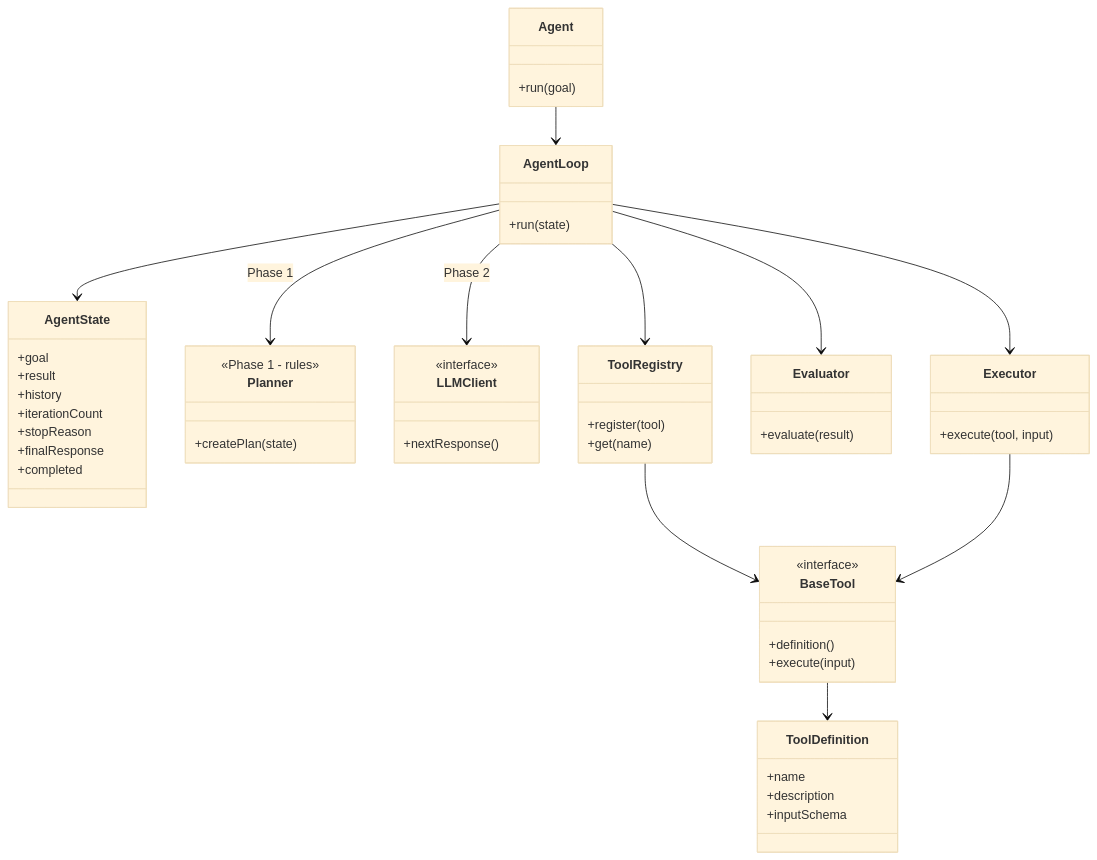
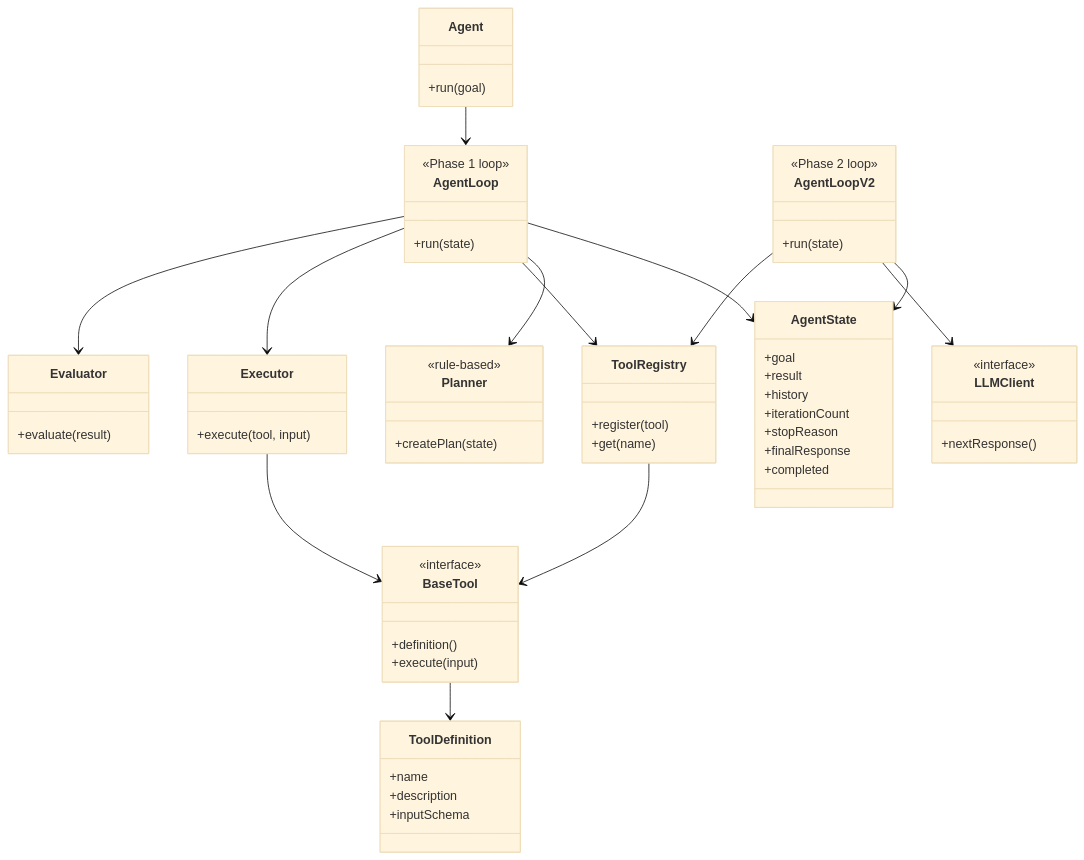
The first of 8 diagrams in README.md (YashzAlphaGeek/agent-engineering-lab), drawn with Mermaid (base theme) before and after one commit. The commit also changed other lines of this file, not shown here.

Commit message:
update of README with mermaid diagram

````diff
--- a/README.md
+++ b/README.md
@@ -96,67 +96,75 @@
 ```mermaid
 classDiagram
 
     class Agent {
         +run(goal)
     }
 
     class AgentLoop {
+        <<Phase 1 loop>>
+        +run(state)
+    }
+
+    class AgentLoopV2 {
+        <<Phase 2 loop>>
         +run(state)
     }
 
     class AgentState {
         +goal
         +result
         +history
         +iterationCount
         +stopReason
         +finalResponse
         +completed
     }
 
     class Planner {
-        <<Phase 1 - rules>>
+        <<rule-based>>
         +createPlan(state)
     }
 
     class LLMClient {
         <<interface>>
         +nextResponse()
     }
 
     class Executor {
         +execute(tool, input)
     }
 
     class Evaluator {
         +evaluate(result)
     }
 
     class ToolRegistry {
         +register(tool)
         +get(name)
     }
 
     class BaseTool {
         <<interface>>
         +definition()
         +execute(input)
     }
 
     class ToolDefinition {
         +name
         +description
         +inputSchema
     }
 
     Agent --> AgentLoop
     AgentLoop --> AgentState
-    AgentLoop --> Planner : Phase 1
-    AgentLoop --> LLMClient : Phase 2
+    AgentLoop --> Planner
     AgentLoop --> ToolRegistry
     AgentLoop --> Executor
     AgentLoop --> Evaluator
+    AgentLoopV2 --> AgentState
+    AgentLoopV2 --> LLMClient
+    AgentLoopV2 --> ToolRegistry
     ToolRegistry --> BaseTool
     BaseTool --> ToolDefinition
     Executor --> BaseTool
 ```
````
